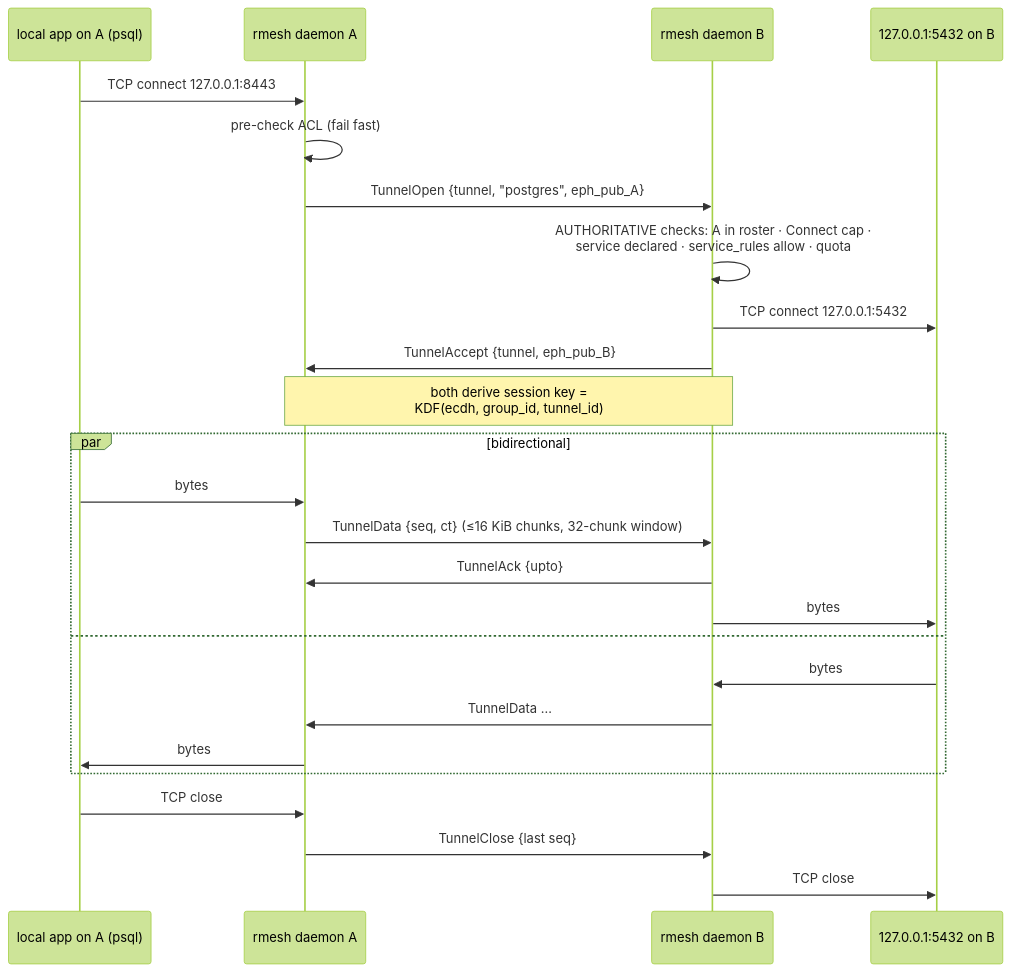
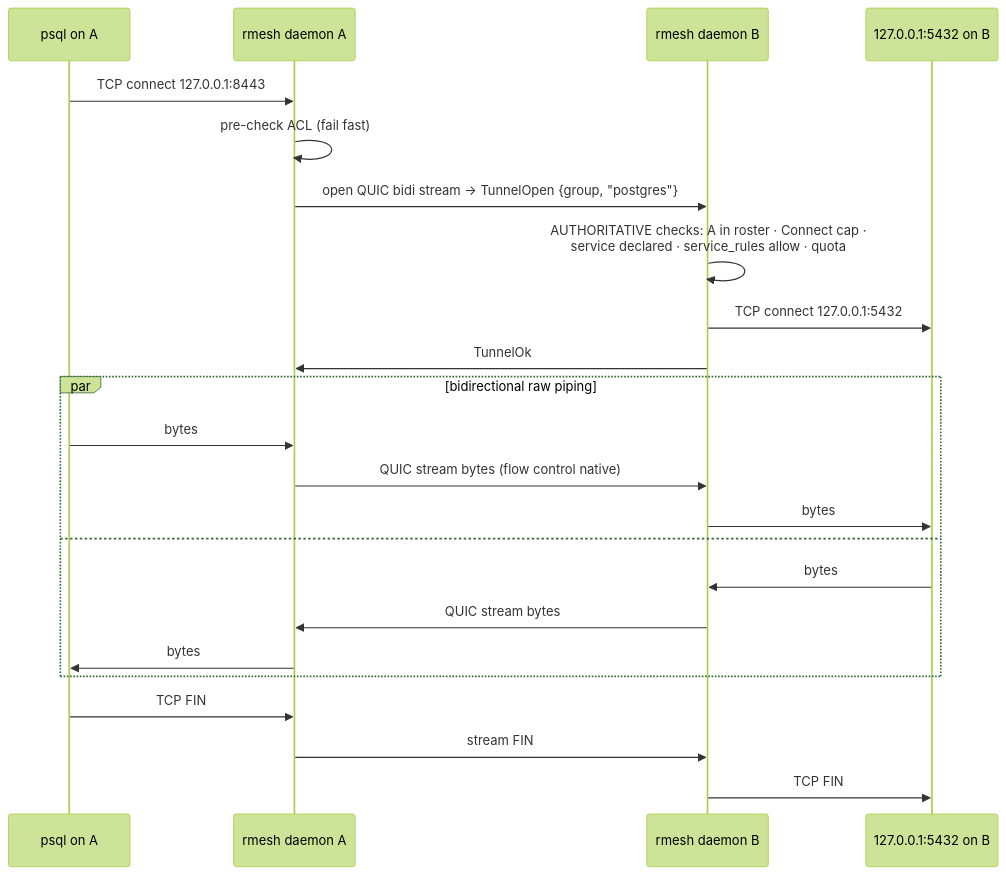
One commit to xoriors/rmesh changed the fourth of 5 diagrams in docs/04-protocols.md. Above: the diagram before and after it, drawn with Mermaid (forest theme). The commit also changed other lines of this file and 7 other files, not shown here.

````diff
--- a/docs/04-protocols.md
+++ b/docs/04-protocols.md
@@ -90,27 +88,25 @@
 ```mermaid
 sequenceDiagram
-    participant App as local app on A (psql)
+    participant App as psql on A
     participant A as rmesh daemon A
     participant B as rmesh daemon B
     participant S as 127.0.0.1:5432 on B
     App->>A: TCP connect 127.0.0.1:8443
     A->>A: pre-check ACL (fail fast)
-    A->>B: TunnelOpen {tunnel, "postgres", eph_pub_A}
+    A->>B: open QUIC bidi stream → TunnelOpen {group, "postgres"}
     B->>B: AUTHORITATIVE checks: A in roster · Connect cap ·<br/>service declared · service_rules allow · quota
     B->>S: TCP connect 127.0.0.1:5432
-    B->>A: TunnelAccept {tunnel, eph_pub_B}
-    Note over A,B: both derive session key =<br/>KDF(ecdh, group_id, tunnel_id)
-    par bidirectional
+    B->>A: TunnelOk
+    par bidirectional raw piping
         App->>A: bytes
-        A->>B: TunnelData {seq, ct} (≤16 KiB chunks, 32-chunk window)
-        B->>A: TunnelAck {upto}
+        A->>B: QUIC stream bytes (flow control native)
         B->>S: bytes
     and
         S->>B: bytes
-        B->>A: TunnelData …
+        B->>A: QUIC stream bytes
         A->>App: bytes
     end
-    App->>A: TCP close
-    A->>B: TunnelClose {last seq}
-    B->>S: TCP close
+    App->>A: TCP FIN
+    A->>B: stream FIN
+    B->>S: TCP FIN
 ```
````
